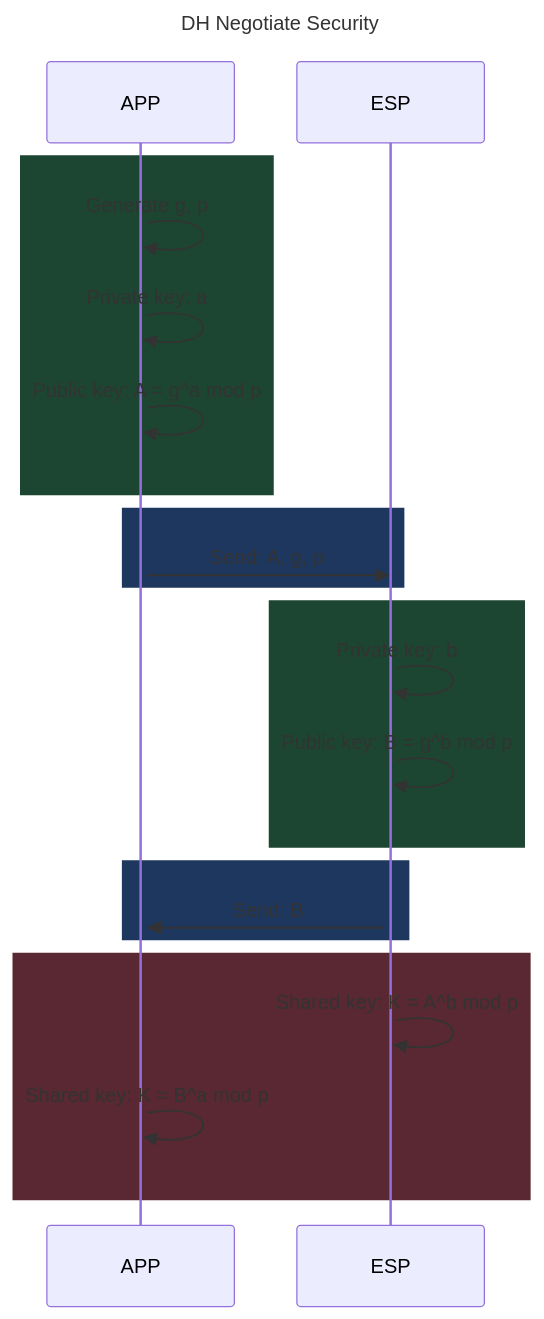
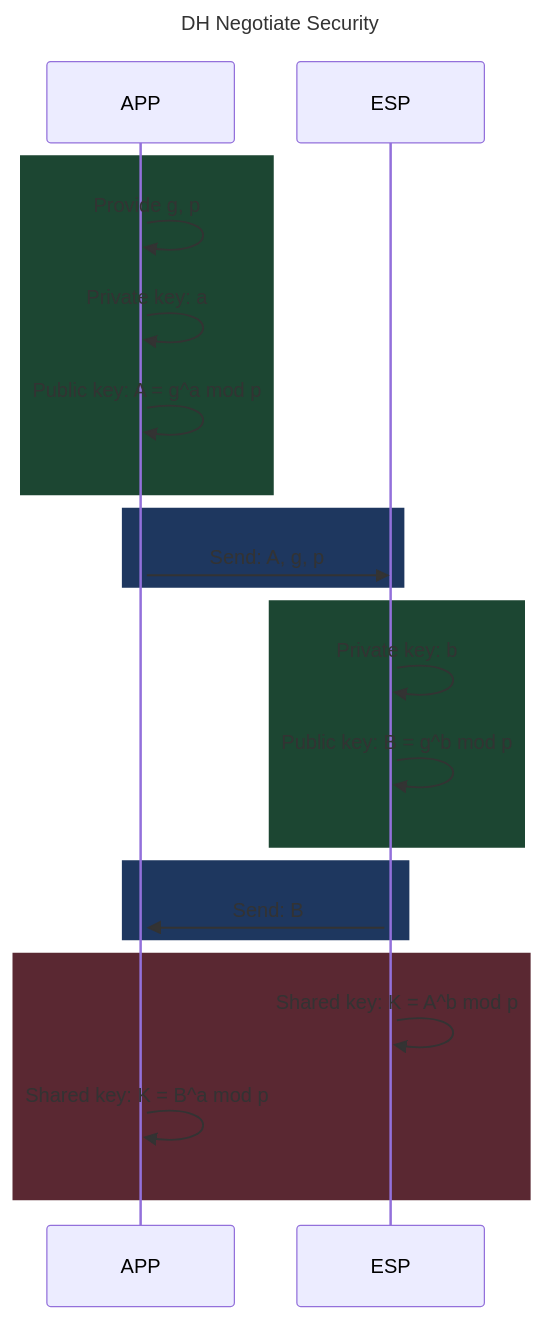
The diagram in README.md (emako/BlufiDH), drawn with Mermaid before and after one commit. The commit also changed other lines of this file, not shown here.

````diff
--- a/README.md
+++ b/README.md
@@ -44,30 +48,30 @@
 ```mermaid
 sequenceDiagram
     title DH Negotiate Security
     participant APP
     participant ESP
 
     activate APP
     rect rgb(28, 70, 50)
-        APP->>APP: Generate g, p
+        APP->>APP: Provide g, p
         APP->>APP: Private key: a
         APP->>APP: Public key: A = g^a mod p
     end
     rect rgb(30, 55, 95)
         APP->>ESP: Send: A, g, p
     end
 
     activate ESP
     rect rgb(28, 70, 50)
         ESP->>ESP: Private key: b
         ESP->>ESP: Public key: B = g^b mod p
     end
     rect rgb(30, 55, 95)
         ESP->>APP: Send: B
     end
     rect rgb(90, 40, 50)
         ESP->>ESP: Shared key: K = A^b mod p
         APP->>APP: Shared key: K = B^a mod p
     end
 
 ```
````
